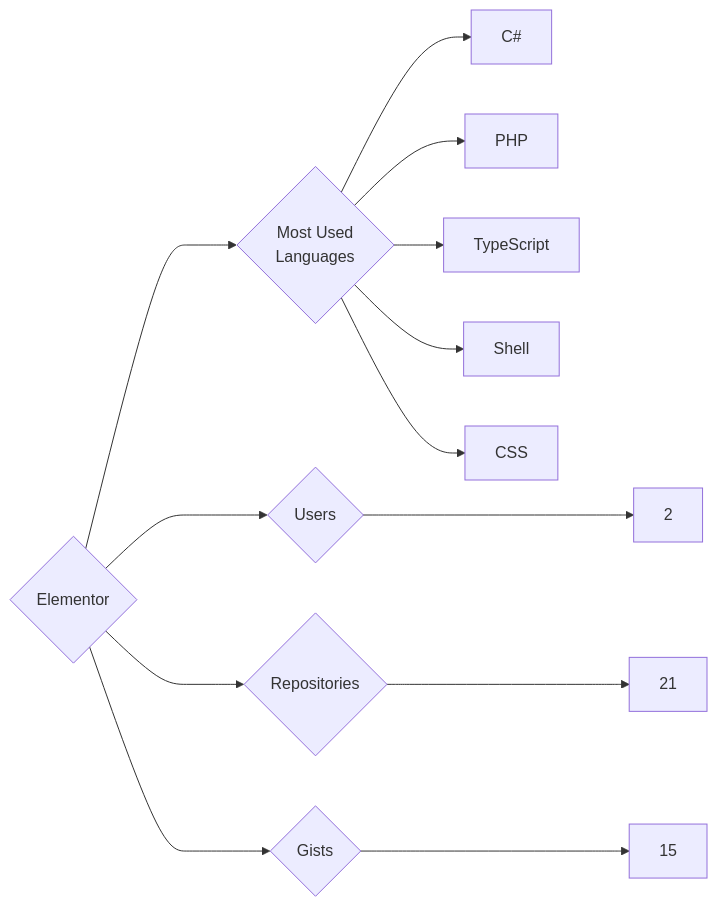
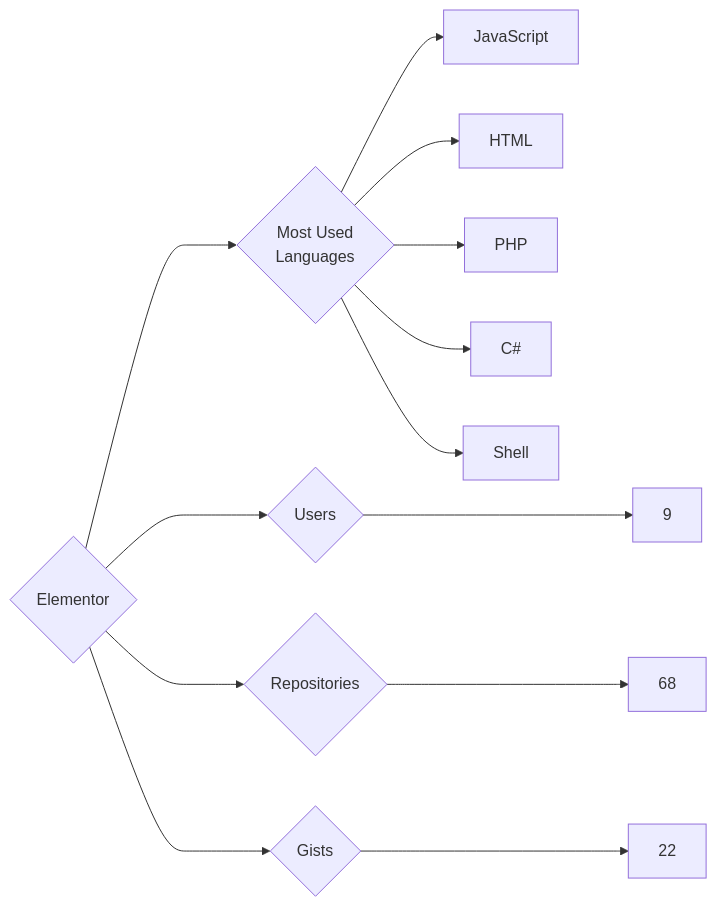
One commit to trickest/insiders changed the diagram in targets/Elementor/README.md. Above: the diagram before and after it, drawn with Mermaid. The commit also changed 998 other files, not shown here.

````diff
--- a/targets/Elementor/README.md
+++ b/targets/Elementor/README.md
@@ -3,13 +3,13 @@
 ```mermaid
 graph LR
 COMPANY_NAME{Elementor}
-COMPANY_NAME ---> U{Users} ---> UN[2]
-COMPANY_NAME ---> R{Repositories} ---> RN[21]
-COMPANY_NAME ---> G{Gists} ---> GN[15]
+COMPANY_NAME ---> U{Users} ---> UN[9]
+COMPANY_NAME ---> R{Repositories} ---> RN[68]
+COMPANY_NAME ---> G{Gists} ---> GN[22]
 COMPANY_NAME ---> ML{Most Used<br>Languages}
+ML --> JavaScript[JavaScript]
+ML --> HTML[HTML]
+ML --> PHP[PHP]
 ML --> C#[C#]
-ML --> PHP[PHP]
-ML --> TypeScript[TypeScript]
 ML --> Shell[Shell]
-ML --> CSS[CSS]
 ```
````
